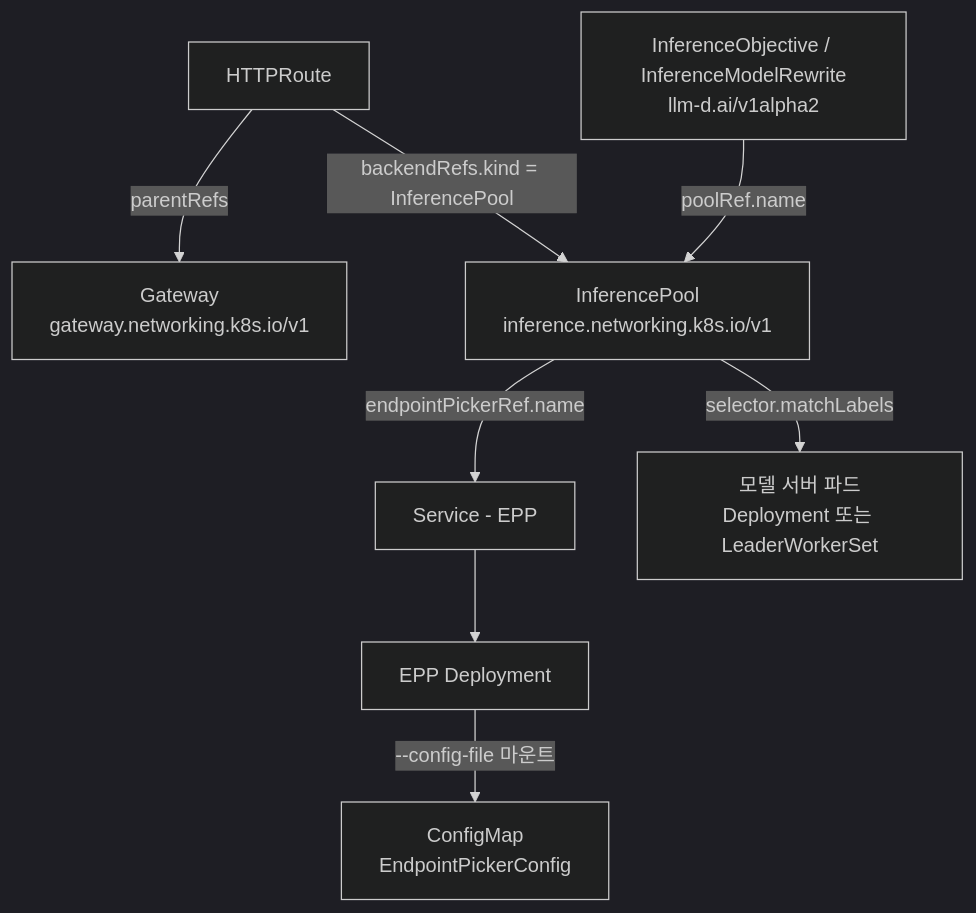
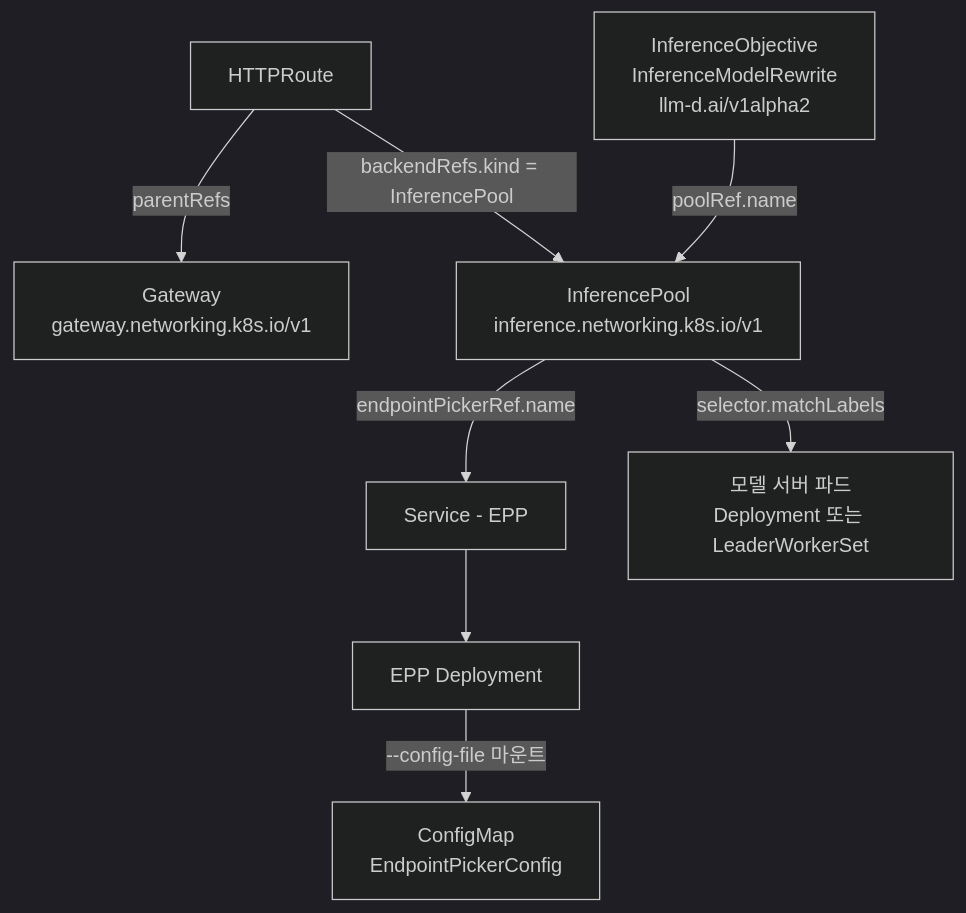
Before and after one commit to beengineer500/beengineer500.github.io: the third of 5 diagrams in content/posts/2026/llmd-envoy-ext-proc/index.md, drawn with Mermaid (dark theme). The commit also changed other lines of this file and 2 other files, not shown here.

First line of the commit message:
fix(mermaid): 최신 글 도식이 모바일에서 축소되는 문제 수정

````diff
--- a/content/posts/2026/llmd-envoy-ext-proc/index.md
+++ b/content/posts/2026/llmd-envoy-ext-proc/index.md
@@ -441,19 +441,19 @@
 ```mermaid
 flowchart TD
     GW["Gateway<br/>gateway.networking.k8s.io/v1"]
     HR["HTTPRoute"]
     IP["InferencePool<br/>inference.networking.k8s.io/v1"]
-    IO["InferenceObjective / InferenceModelRewrite<br/>llm-d.ai/v1alpha2"]
+    IO["InferenceObjective<br/>InferenceModelRewrite<br/>llm-d.ai/v1alpha2"]
     SVC["Service - EPP"]
     EPPD["EPP Deployment"]
     CM["ConfigMap<br/>EndpointPickerConfig"]
     PODS["모델 서버 파드<br/>Deployment 또는 LeaderWorkerSet"]
 
     HR -->|"parentRefs"| GW
     HR -->|"backendRefs.kind = InferencePool"| IP
     IP -->|"endpointPickerRef.name"| SVC
     IP -->|"selector.matchLabels"| PODS
     SVC --> EPPD
     EPPD -->|"--config-file 마운트"| CM
     IO -->|"poolRef.name"| IP
 ```
````
